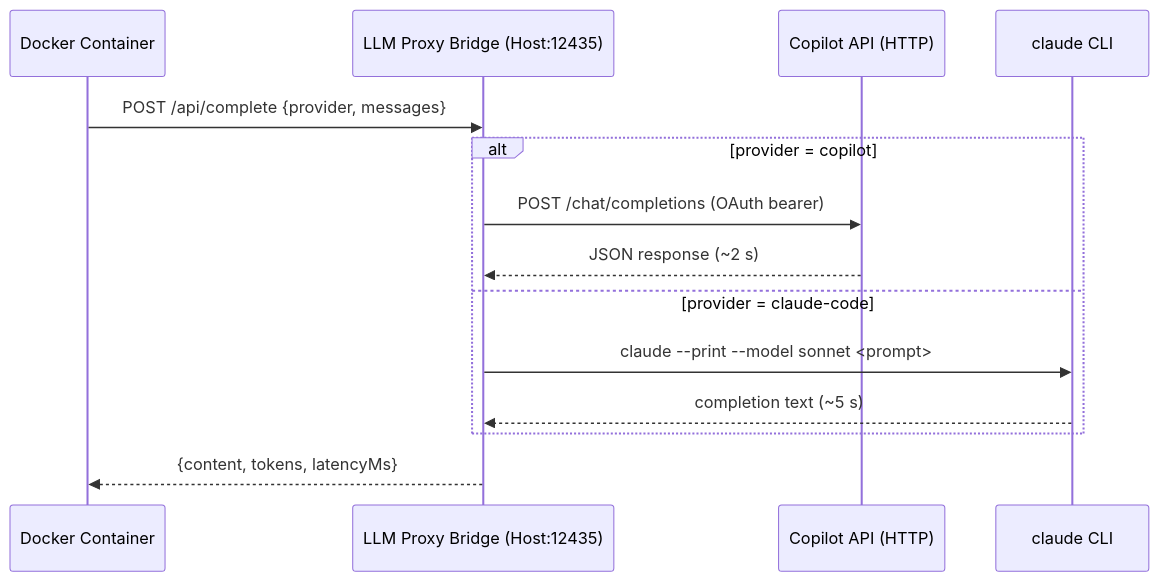
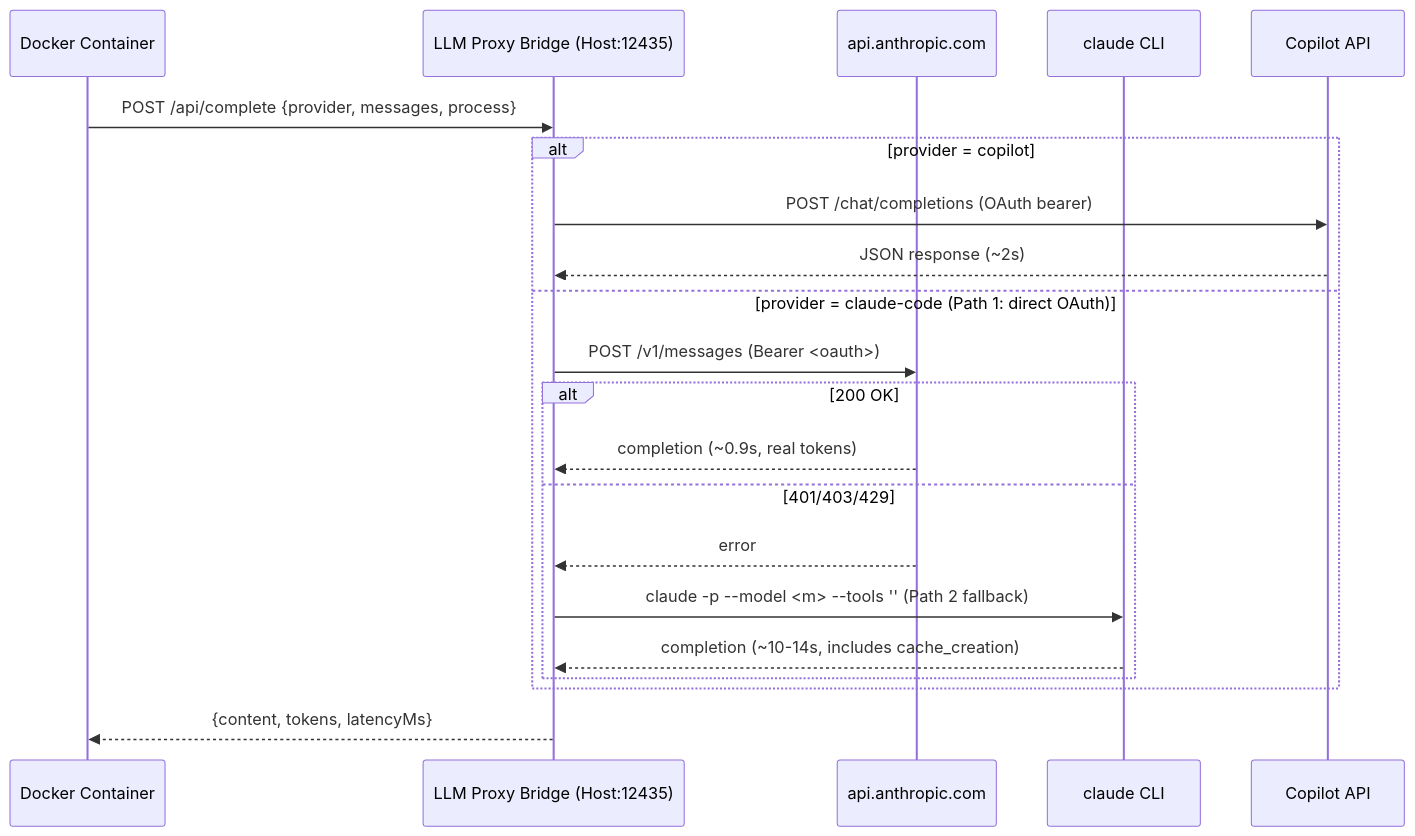
Before and after one commit to fwornle/coding: the diagram in docs-content/integrations/llm-cli-proxy.md, drawn with Mermaid. The commit also changed other lines of this file and 7 other files, not shown here.

````diff
--- a/docs-content/integrations/llm-cli-proxy.md
+++ b/docs-content/integrations/llm-cli-proxy.md
@@ -22,17 +24,24 @@
 ```mermaid
 sequenceDiagram
     participant D as Docker Container
     participant P as LLM Proxy Bridge (Host:12435)
-    participant API as Copilot API (HTTP)
-    participant C as claude CLI
+    participant ApiAnt as api.anthropic.com
+    participant Cli as claude CLI
+    participant ApiCop as Copilot API
 
-    D->>P: POST /api/complete {provider, messages}
+    D->>P: POST /api/complete {provider, messages, process}
     alt provider = copilot
-        P->>API: POST /chat/completions (OAuth bearer)
-        API-->>P: JSON response (~2 s)
-    else provider = claude-code
-        P->>C: claude --print --model sonnet <prompt>
-        C-->>P: completion text (~5 s)
+        P->>ApiCop: POST /chat/completions (OAuth bearer)
+        ApiCop-->>P: JSON response (~2s)
+    else provider = claude-code (Path 1: direct OAuth)
+        P->>ApiAnt: POST /v1/messages (Bearer <oauth>)
+        alt 200 OK
+            ApiAnt-->>P: completion (~0.9s, real tokens)
+        else 401/403/429
+            ApiAnt-->>P: error
+            P->>Cli: claude -p --model <m> --tools '' (Path 2 fallback)
+            Cli-->>P: completion (~10-14s, includes cache_creation)
+        end
     end
     P-->>D: {content, tokens, latencyMs}
 ```
````
